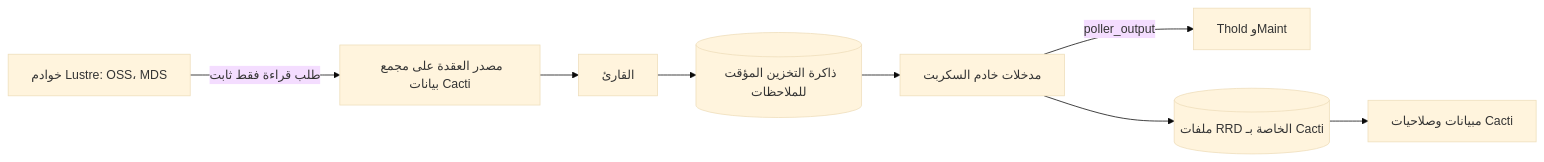
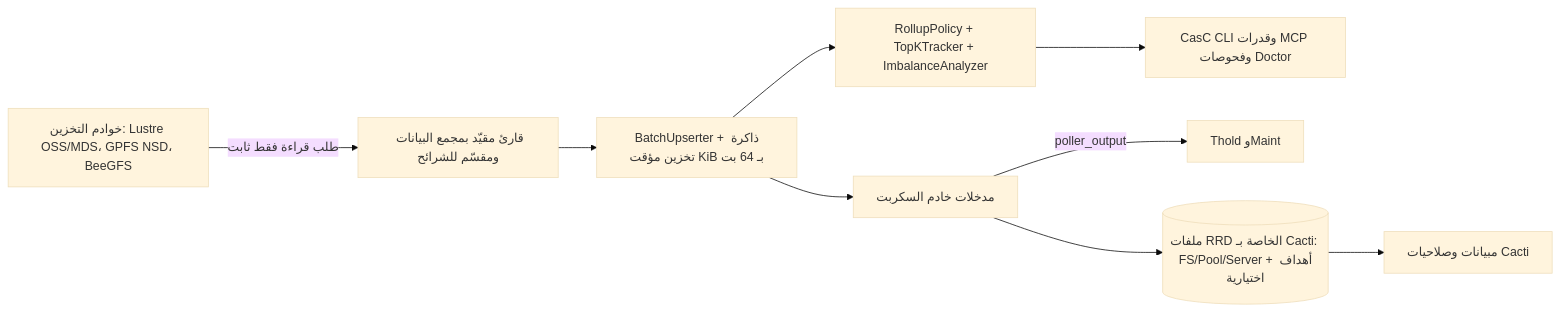
The diagram in docs/i18n/ar-MA/README.md (somethingwithproof/plugin_pfs), drawn with Mermaid (base theme) before and after one commit. The commit also changed other lines of this file and 47 other files, not shown here.

````diff
--- a/docs/i18n/ar-MA/README.md
+++ b/docs/i18n/ar-MA/README.md
@@ -74,10 +82,11 @@
 ```mermaid
 flowchart LR
-    N[خوادم Lustre: OSS، MDS] -->|طلب قراءة فقط ثابت| S[مصدر العقدة على مجمع بيانات Cacti]
-    S --> R[القارئ]
-    R --> C[(ذاكرة التخزين المؤقت للملاحظات)]
-    C --> SS[مدخلات خادم السكربت]
-    SS -->|poller_output| T[Thold وMaint]
-    SS --> RRD[(ملفات RRD الخاصة بـ Cacti)]
-    RRD --> G[مبيانات وصلاحيات Cacti]
+    N["خوادم التخزين: Lustre OSS/MDS، GPFS NSD، BeeGFS"] -->|"طلب قراءة فقط ثابت"| S["قارئ مقيّد بمجمع البيانات ومقسّم للشرائح"]
+    S --> B["BatchUpserter + ذاكرة تخزين مؤقت KiB بـ 64 بت"]
+    B --> R["RollupPolicy + TopKTracker + ImbalanceAnalyzer"]
+    B --> SS["مدخلات خادم السكربت"]
+    R --> ECO["CasC CLI وقدرات MCP وفحوصات Doctor"]
+    SS -->|"poller_output"| T["Thold وMaint"]
+    SS --> RRD[("ملفات RRD الخاصة بـ Cacti: FS/Pool/Server + أهداف اختيارية")]
+    RRD --> G["مبيانات وصلاحيات Cacti"]
 ```
````
